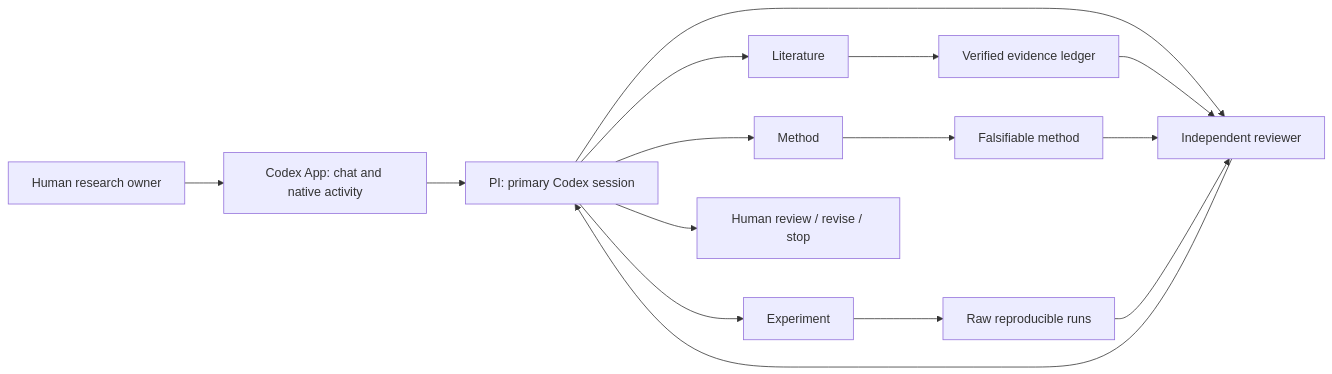
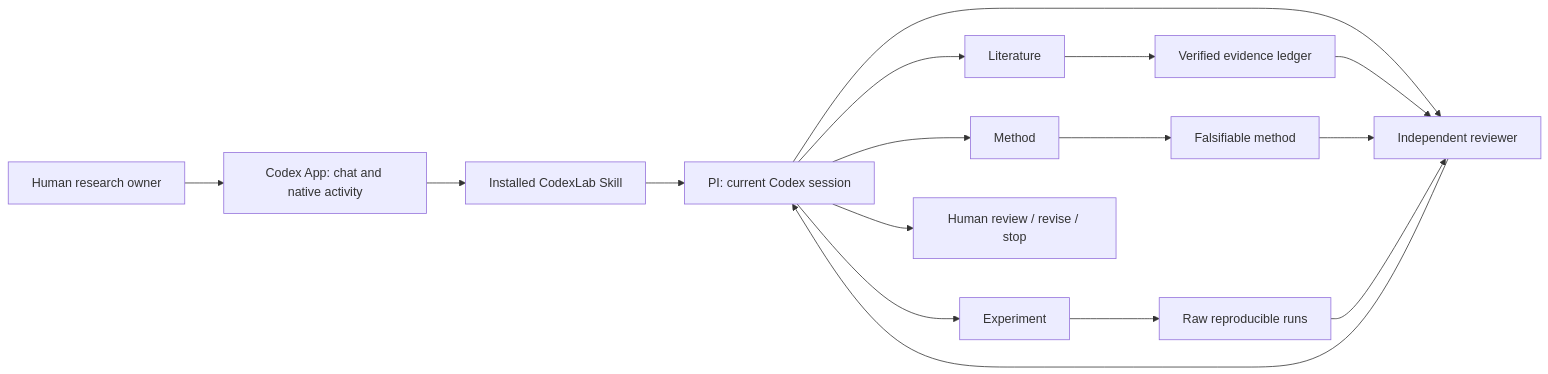
Before and after one commit to ymping666/CodexLab: the diagram in docs/architecture.md, drawn with Mermaid. The commit also changed other lines of this file and 29 other files, not shown here.

Commit message:
Ship CodexLab as a self-contained installable Skill

````diff
--- a/docs/architecture.md
+++ b/docs/architecture.md
@@ -13,17 +15,18 @@
 ```mermaid
 flowchart LR
   User[Human research owner] --> App[Codex App: chat and native activity]
-  App --> PI[PI: primary Codex session]
+  App --> Skill[Installed CodexLab Skill]
+  Skill --> PI[PI: current Codex session]
   PI --> L[Literature]
   PI --> M[Method]
   PI --> E[Experiment]
   PI --> R[Independent reviewer]
   L --> Sources[Verified evidence ledger]
   M --> Protocol[Falsifiable method]
   E --> Runs[Raw reproducible runs]
   Sources --> R
   Protocol --> R
   Runs --> R
   R --> PI
   PI --> Decision[Human review / revise / stop]
 ```
````
